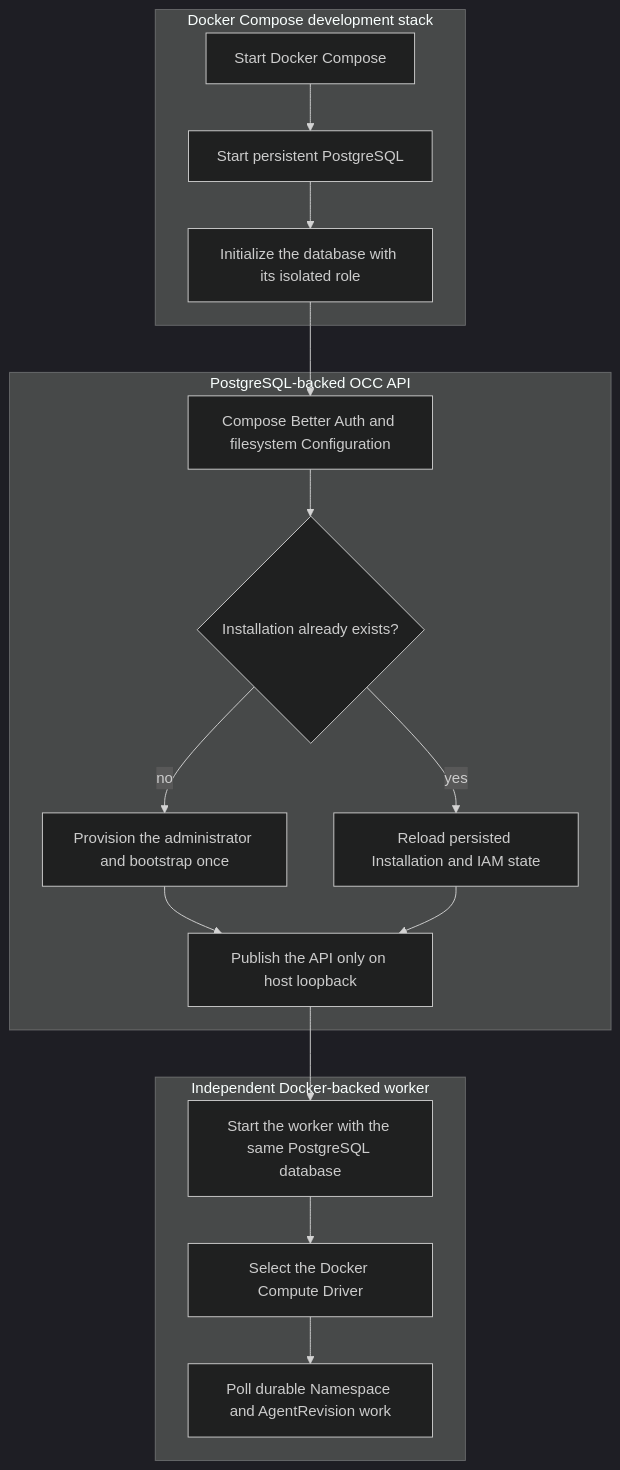
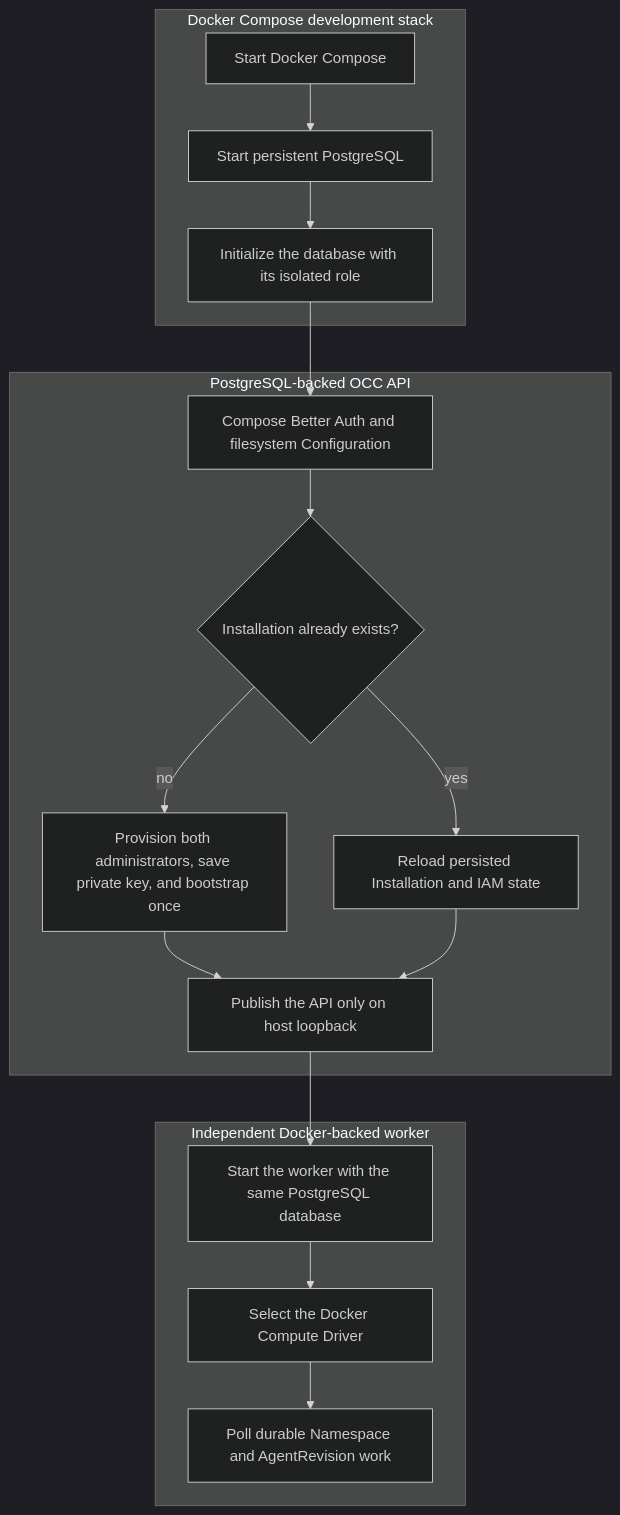
The diagram in docs/flows/development-startup.md (IsaiahStapleton/openclaw-enterprise), drawn with Mermaid (dark theme) before and after one commit. The commit also changed other lines of this file and 34 other files, not shown here.

First line of the commit message:
feat: bootstrap an administrator service account

````diff
--- a/docs/flows/development-startup.md
+++ b/docs/flows/development-startup.md
@@ -34,22 +34,22 @@
 ```mermaid
 graph TD
     subgraph Compose["Docker Compose development stack"]
         A["Start Docker Compose"] --> B["Start persistent PostgreSQL"]
         B --> C["Initialize the database with its isolated role"]
     end
 
     subgraph API["PostgreSQL-backed OCC API"]
         C --> D["Compose Better Auth and filesystem Configuration"]
         D --> E{"Installation already exists?"}
-        E -->|no| F["Provision the administrator and bootstrap once"]
+        E -->|no| F["Provision both administrators, save private key, and bootstrap once"]
         E -->|yes| G["Reload persisted Installation and IAM state"]
         F --> H["Publish the API only on host loopback"]
         G --> H
     end
 
     subgraph Worker["Independent Docker-backed worker"]
         H --> I["Start the worker with the same PostgreSQL database"]
         I --> J["Select the Docker Compute Driver"]
         J --> K["Poll durable Namespace and AgentRevision work"]
     end
 ```
````
